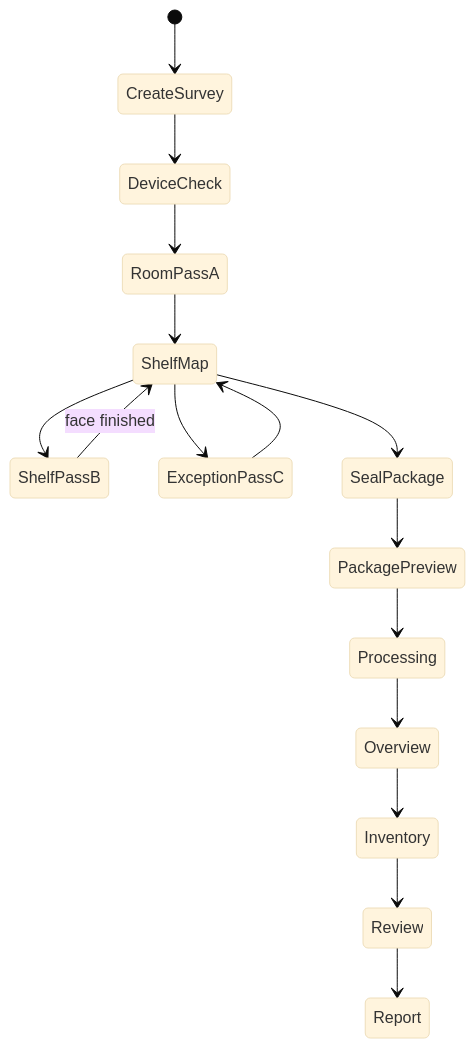
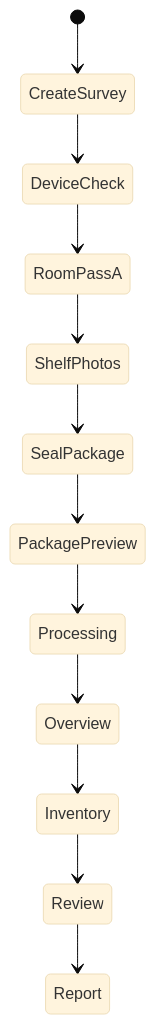
The third of 16 diagrams in README.md (harshsinha-12/library-estimate), drawn with Mermaid (base theme) before and after one commit. The commit also changed other lines of this file and 13 other files, not shown here.

````diff
--- a/README.md
+++ b/README.md
@@ -285,18 +285,14 @@
 ```mermaid
 stateDiagram-v2
   [*] --> CreateSurvey
   CreateSurvey --> DeviceCheck
   DeviceCheck --> RoomPassA
-  RoomPassA --> ShelfMap
-  ShelfMap --> ShelfPassB
-  ShelfPassB --> ShelfMap: face finished
-  ShelfMap --> ExceptionPassC
-  ExceptionPassC --> ShelfMap
-  ShelfMap --> SealPackage
+  RoomPassA --> ShelfPhotos
+  ShelfPhotos --> SealPackage
   SealPackage --> PackagePreview
   PackagePreview --> Processing
   Processing --> Overview
   Overview --> Inventory
   Inventory --> Review
   Review --> Report
 ```
````
